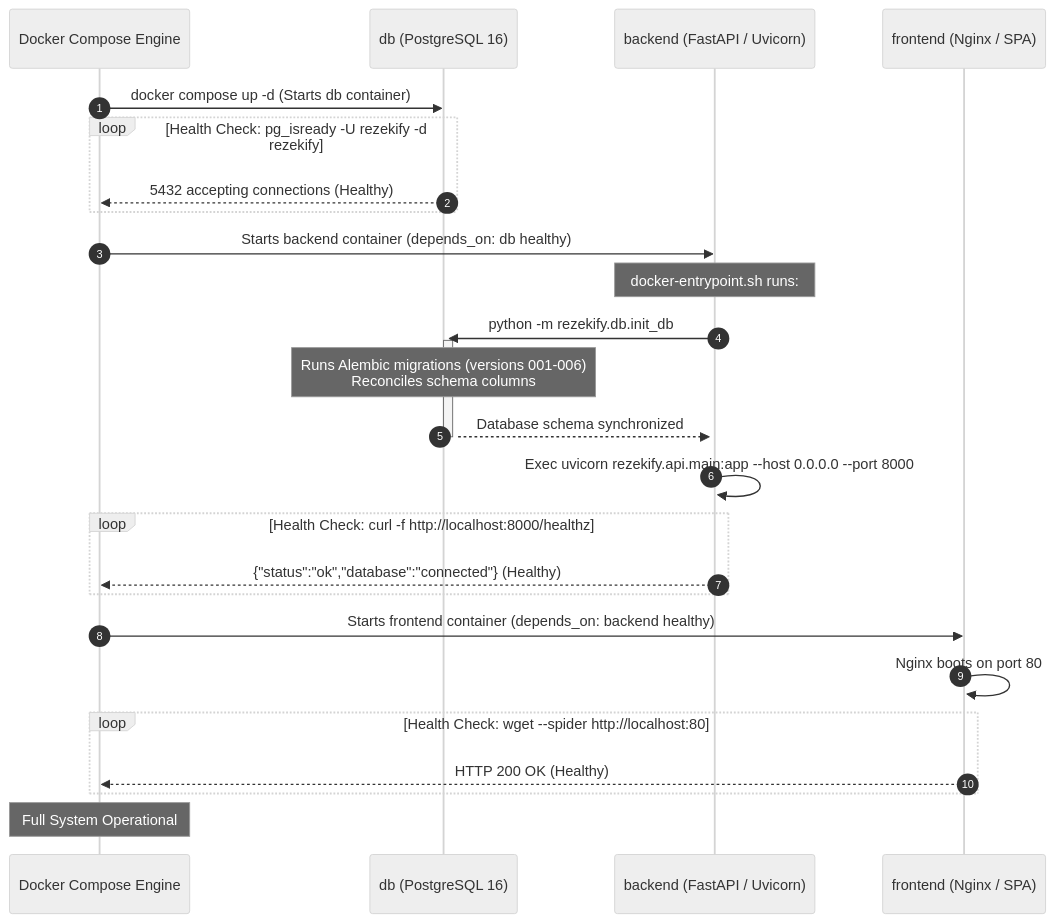
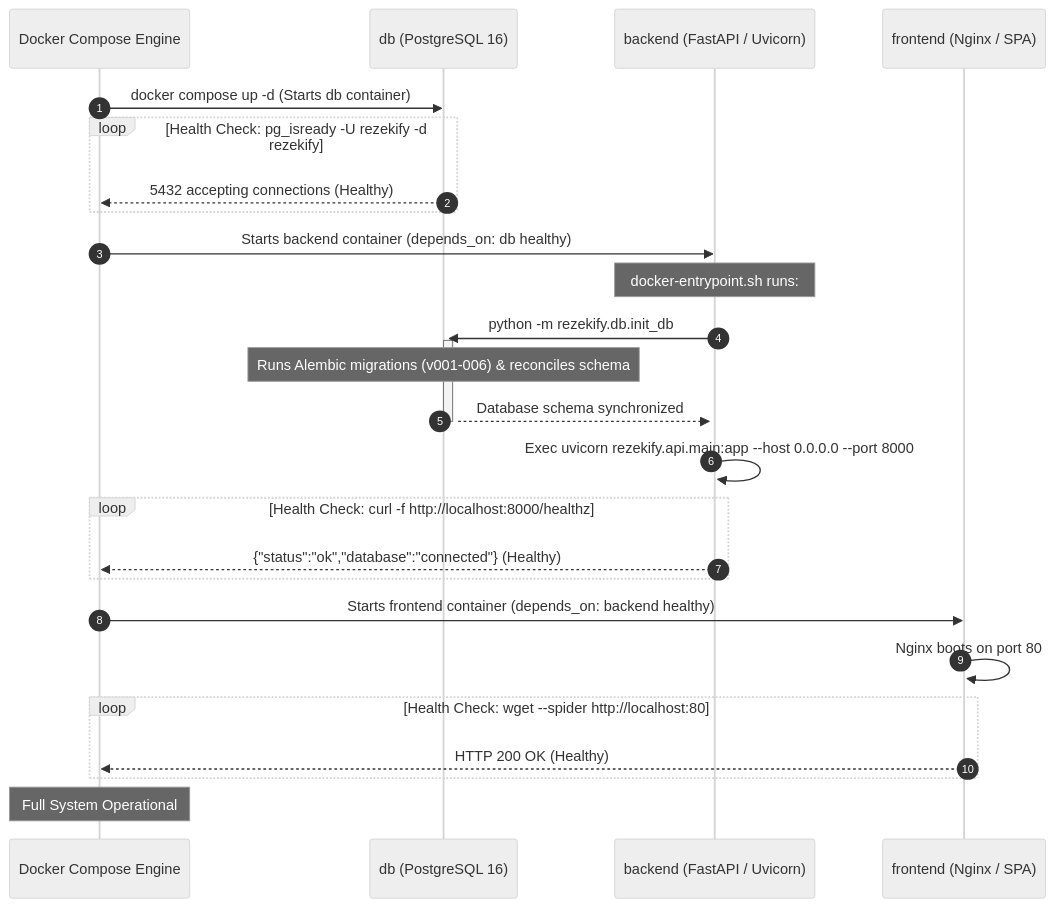
One commit to grantsam/rezekify changed the seventh of 7 diagrams in docs/architecture/01-SYSTEM-ARCHITECTURE-DOCUMENT.md. Above: the diagram before and after it, drawn with Mermaid (neutral theme). The commit also changed other lines of this file and 3 other files, not shown here.

First line of the commit message:
docs(architecture): polish diagrams and sanitize Mermaid syntax

````diff
--- a/docs/architecture/01-SYSTEM-ARCHITECTURE-DOCUMENT.md
+++ b/docs/architecture/01-SYSTEM-ARCHITECTURE-DOCUMENT.md
@@ -716,35 +729,35 @@
 ```mermaid
 sequenceDiagram
     autonumber
     participant Docker as Docker Compose Engine
     participant DB as db (PostgreSQL 16)
     participant BE as backend (FastAPI / Uvicorn)
     participant FE as frontend (Nginx / SPA)
 
     Docker->>DB: docker compose up -d (Starts db container)
     activate DB
     loop Health Check: pg_isready -U rezekify -d rezekify
         DB-->>Docker: 5432 accepting connections (Healthy)
     end
 
     Docker->>BE: Starts backend container (depends_on: db healthy)
     activate BE
     Note over BE: docker-entrypoint.sh runs:
     BE->>DB: python -m rezekify.db.init_db
     activate DB
-    Note over DB: Runs Alembic migrations (versions 001-006)<br/>Reconciles schema columns
+    Note over DB: Runs Alembic migrations (v001-006) & reconciles schema
     DB-->>BE: Database schema synchronized
     deactivate DB
     BE->>BE: Exec uvicorn rezekify.api.main:app --host 0.0.0.0 --port 8000
     loop Health Check: curl -f http://localhost:8000/healthz
         BE-->>Docker: {"status":"ok","database":"connected"} (Healthy)
     end
 
     Docker->>FE: Starts frontend container (depends_on: backend healthy)
     activate FE
     FE->>FE: Nginx boots on port 80
     loop Health Check: wget --spider http://localhost:80
         FE-->>Docker: HTTP 200 OK (Healthy)
     end
     Note over Docker: Full System Operational
 ```
````
